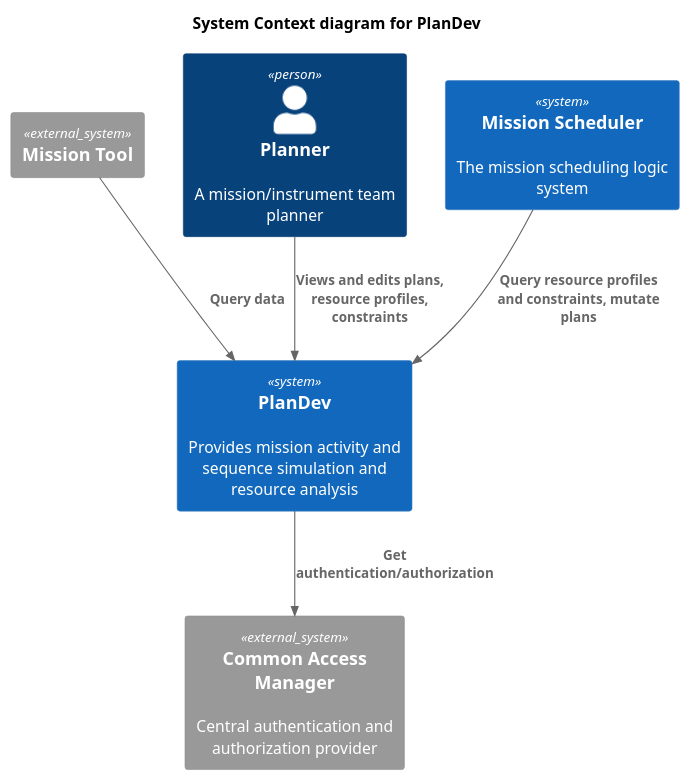
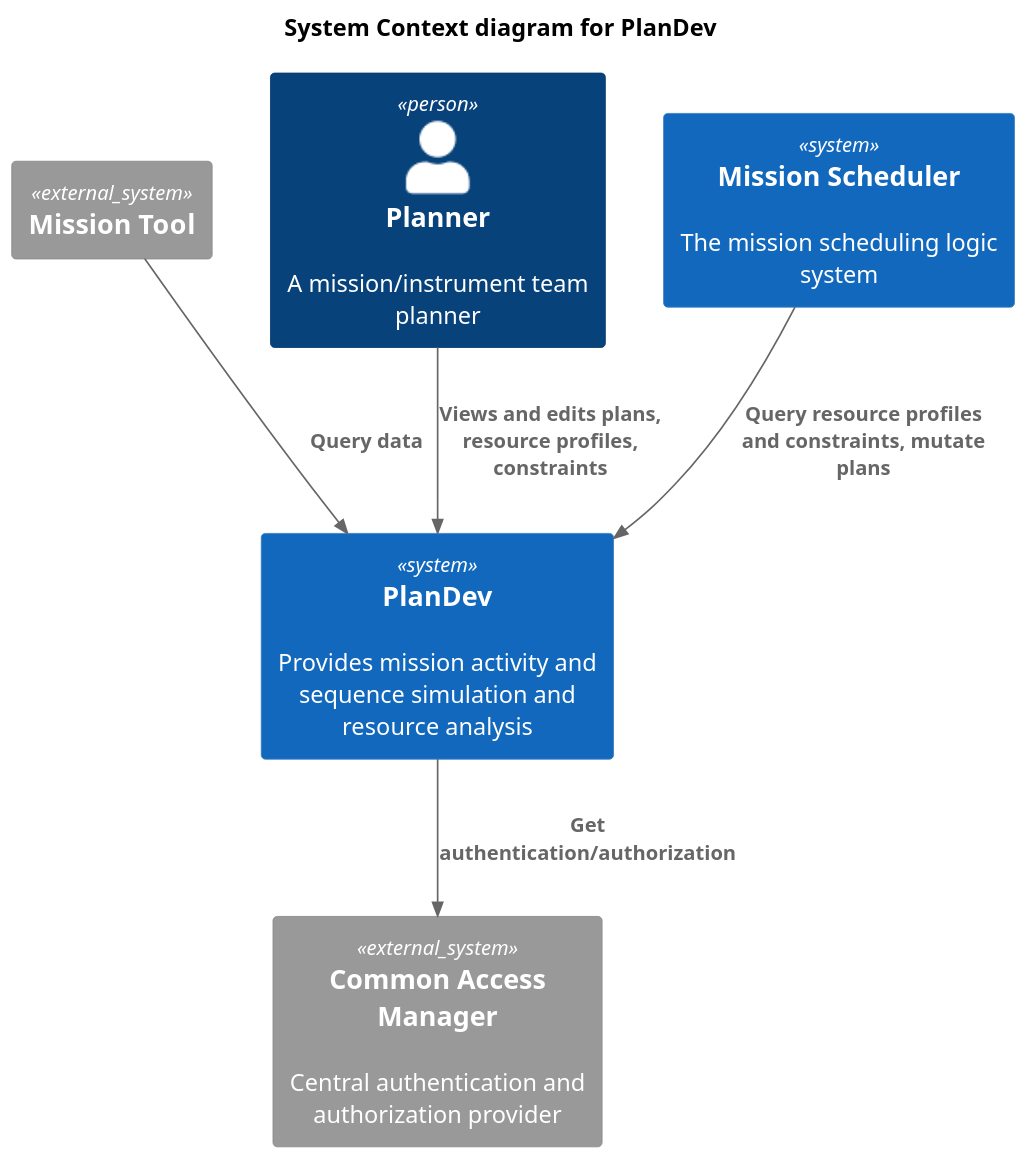
Before and after one commit to NASA-AMMOS/plandev-docs: the diagram in docs/overview/design/assets/c4-plandev-context.puml, drawn with PlantUML. The commit also changed 7 other files, not shown here.

Commit message:
Add script for generating PlantUML pngs

```diff
--- a/docs/overview/design/assets/c4-plandev-context.puml
+++ b/docs/overview/design/assets/c4-plandev-context.puml
@@ -1,19 +1,20 @@
 @startuml
 !include https://raw.githubusercontent.com/plantuml-stdlib/C4-PlantUML/master/C4_Container.puml
+scale 1.5
 title System Context diagram for PlanDev
 
 System_Ext(missionTool, "Mission Tool")
 Person(planner, "Planner", "A mission/instrument team planner")
 System(missionScheduler, "Mission Scheduler", "The mission scheduling logic system")
 
 System(plandev, "PlanDev", "Provides mission activity and sequence simulation and resource analysis")
 
 System_Ext(cam, "Common Access Manager", "Central authentication and authorization provider")
 
 Rel_D(missionTool, plandev, "Query data")
 Rel_D(planner, plandev, "Views and edits plans, resource profiles, constraints")
 Rel_D(missionScheduler, plandev, "Query resource profiles and constraints, mutate plans")
 
 Rel_D(plandev, cam, "Get authentication/authorization")
 
 @enduml
```
